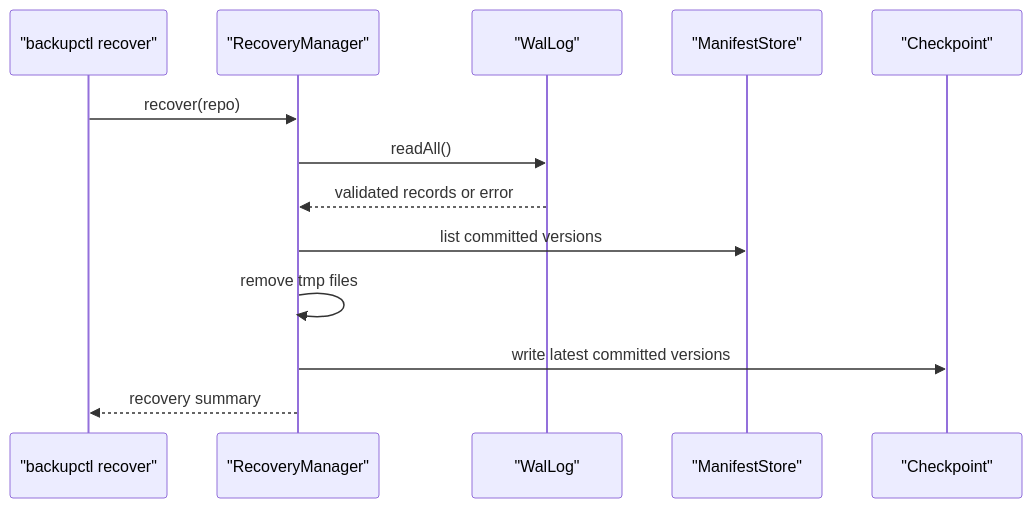
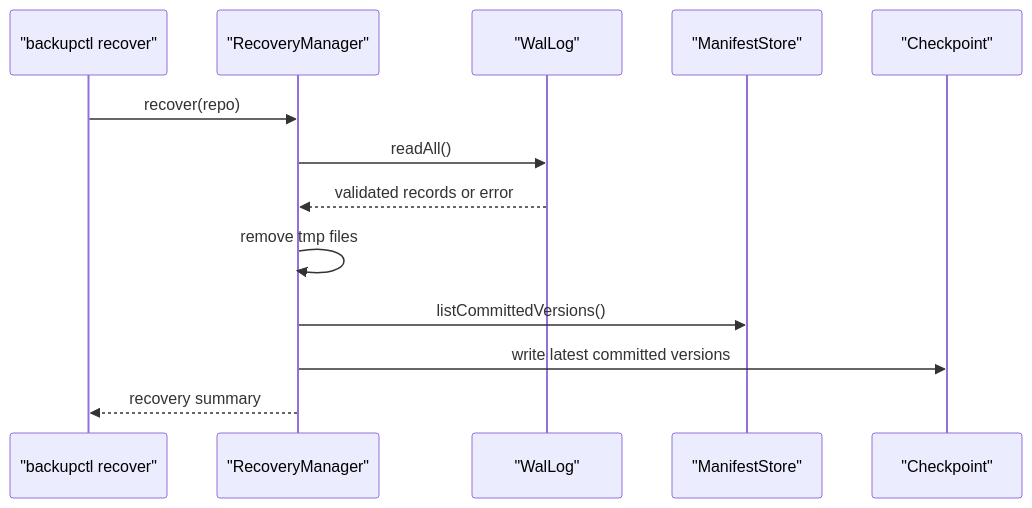
The diagram in docs/crash-recovery.md (JiaChangGit/cpp-data-protection-core), drawn with Mermaid before and after one commit. The commit also changed other lines of this file and 23 other files, not shown here.

````diff
--- a/docs/crash-recovery.md
+++ b/docs/crash-recovery.md
@@ -44,16 +44,16 @@
 ```mermaid
 sequenceDiagram
     participant CLI as "backupctl recover"
     participant RM as "RecoveryManager"
     participant WAL as "WalLog"
     participant MS as "ManifestStore"
     participant CP as "Checkpoint"
 
     CLI->>RM: recover(repo)
     RM->>WAL: readAll()
     WAL-->>RM: validated records or error
-    RM->>MS: list committed versions
     RM->>RM: remove tmp files
+    RM->>MS: listCommittedVersions()
     RM->>CP: write latest committed versions
     RM-->>CLI: recovery summary
 ```
````
